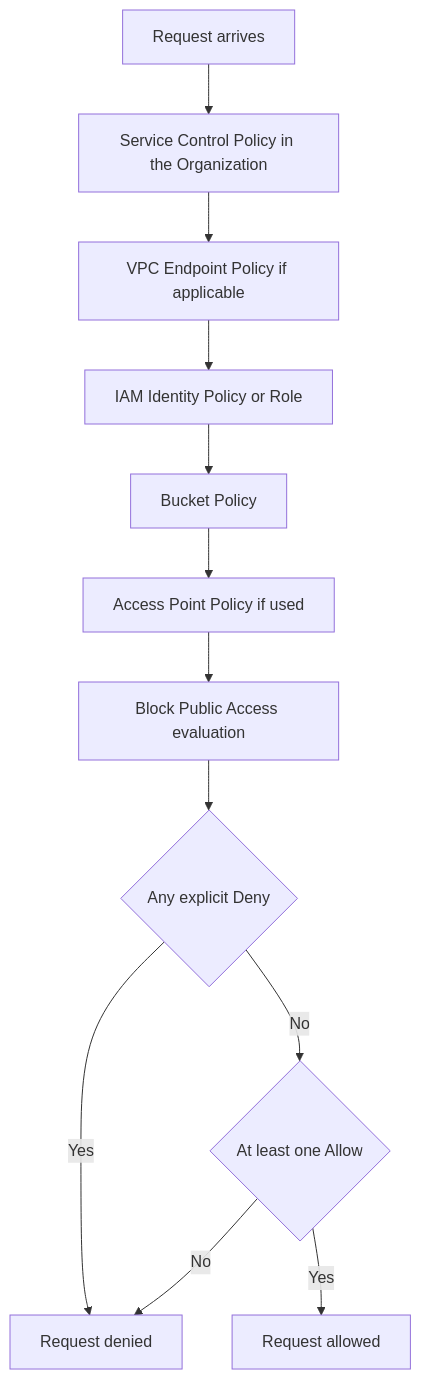
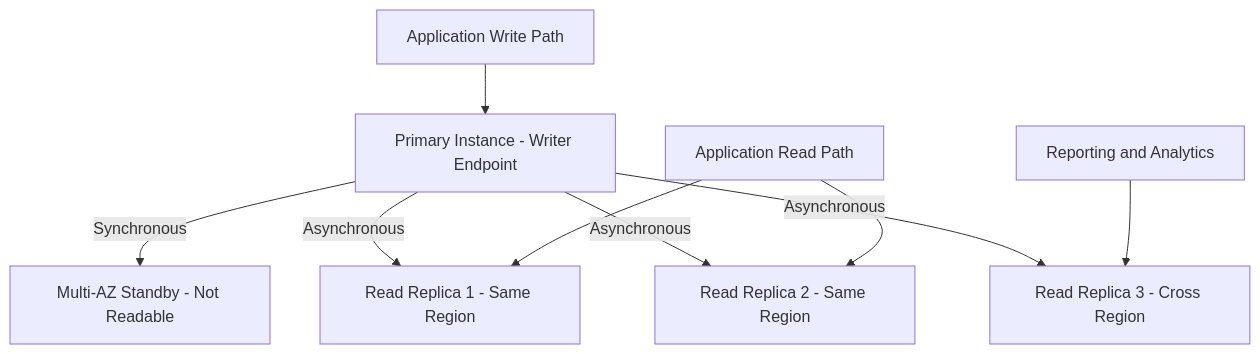
Diagram 11 of 35 in docs/unit1/topic5.md (norbutlepcha25/dso303), drawn with Mermaid before and after one commit. The commit also changed other lines of this file and 945 other files, not shown here.

````diff
--- a/docs/unit1/topic5.md
+++ b/docs/unit1/topic5.md
@@ -1231,14 +550,11 @@
 ```mermaid
 graph TD
-    A["Request arrives"] --> B["Service Control Policy in the Organization"]
-    B --> C["VPC Endpoint Policy if applicable"]
-    C --> D["IAM Identity Policy or Role"]
-    D --> E["Bucket Policy"]
-    E --> F["Access Point Policy if used"]
-    F --> G["Block Public Access evaluation"]
-    G --> H{"Any explicit Deny"}
-    H -->|"Yes"| I["Request denied"]
-    H -->|"No"| J{"At least one Allow"}
-    J -->|"Yes"| K["Request allowed"]
-    J -->|"No"| I
+    A["Application Write Path"] --> B["Primary Instance - Writer Endpoint"]
+    B -->|"Synchronous"| C["Multi-AZ Standby - Not Readable"]
+    B -->|"Asynchronous"| D["Read Replica 1 - Same Region"]
+    B -->|"Asynchronous"| E["Read Replica 2 - Same Region"]
+    B -->|"Asynchronous"| F["Read Replica 3 - Cross Region"]
+    G["Application Read Path"] --> D
+    G --> E
+    H["Reporting and Analytics"] --> F
 ```
````
